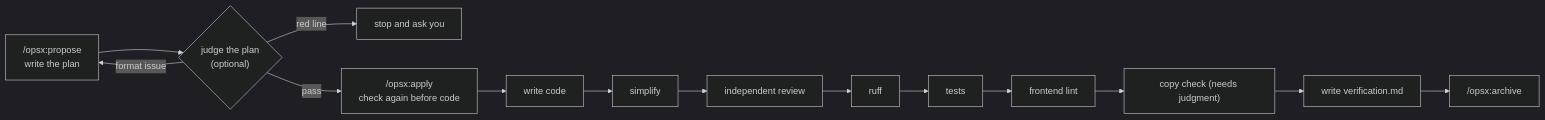
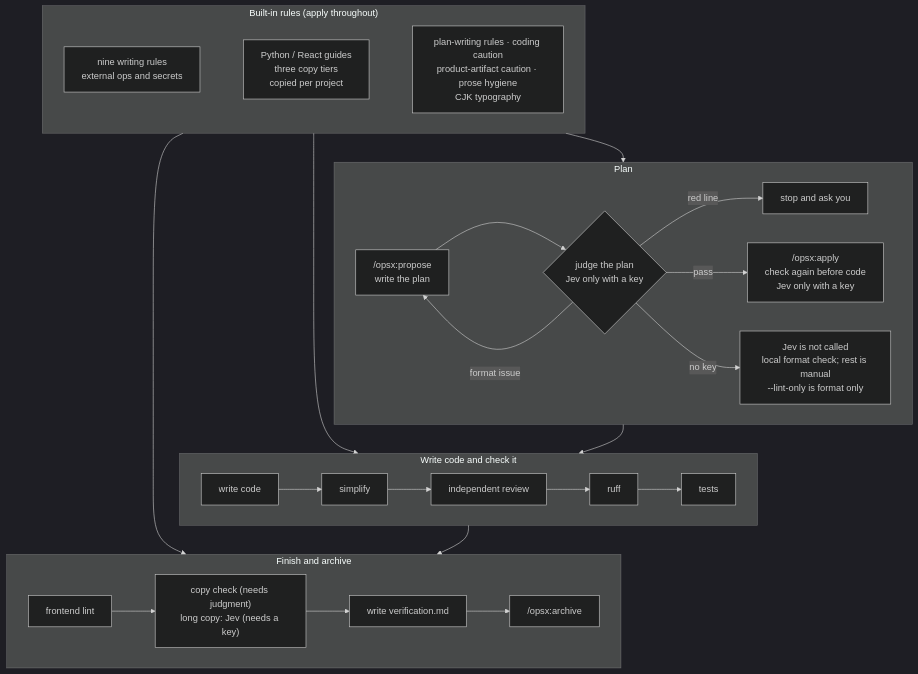
One commit to rulemason/rulemason changed the diagram in README.en.md. Above: the diagram before and after it, drawn with Mermaid (dark theme). The commit also changed other lines of this file and 2 other files, not shown here.

Commit message:
docs: README 顶部加上社交预览横幅，流程图改成三行 (#38)
* docs(readme): 顶部加上社交预览横幅，流程图改成三行

横幅用仓库已设置的 GitHub social preview。怎么工作的流程图按方案、写代码、收尾分成三行，步骤和分支不变。

* docs(readme): 流程图补上 Jev 和内置规则

判断只在有 key 时交给 Jev；格式检查留在本机。内置规则单独成一行，并连到三个阶段。

---------

````diff
--- a/README.en.md
+++ b/README.en.md
@@ -84,16 +88,31 @@
 ```mermaid
-flowchart LR
-  A["/opsx:propose<br/>write the plan"] --> B{"judge the plan<br/>(optional)"}
-  B -- format issue --> A
-  B -- red line --> U["stop and ask you"]
-  B -- pass --> C["/opsx:apply<br/>check again before code"]
-  C --> D["write code"]
-  D --> E["simplify"]
-  E --> F["independent review"]
-  F --> G["ruff"]
-  G --> H["tests"]
-  H --> I["frontend lint"]
-  I --> J["copy check (needs judgment)"]
-  J --> K["write verification.md"]
-  K --> L["/opsx:archive"]
+flowchart TB
+  subgraph rules["Built-in rules (apply throughout)"]
+    direction LR
+    R1["nine writing rules<br/>external ops and secrets"]
+    R2["Python / React guides<br/>three copy tiers<br/>copied per project"]
+    R3["plan-writing rules · coding caution<br/>product-artifact caution · prose hygiene<br/>CJK typography"]
+    R1 ~~~ R2 ~~~ R3
+  end
+  subgraph plan["Plan"]
+    direction LR
+    A["/opsx:propose<br/>write the plan"] --> B{"judge the plan<br/>Jev only with a key"}
+    B -- format issue --> A
+    B -- red line --> U["stop and ask you"]
+    B -- pass --> C["/opsx:apply<br/>check again before code<br/>Jev only with a key"]
+    B -- no key --> N["Jev is not called<br/>local format check; rest is manual<br/>--lint-only is format only"]
+  end
+  subgraph build["Write code and check it"]
+    direction LR
+    D["write code"] --> E["simplify"] --> F["independent review"] --> G["ruff"] --> H["tests"]
+  end
+  subgraph finish["Finish and archive"]
+    direction LR
+    I["frontend lint"] --> J["copy check (needs judgment)<br/>long copy: Jev (needs a key)"] --> K["write verification.md"] --> L["/opsx:archive"]
+  end
+  rules --> plan
+  rules --> build
+  rules --> finish
+  plan --> build
+  build --> finish
 ```
````
